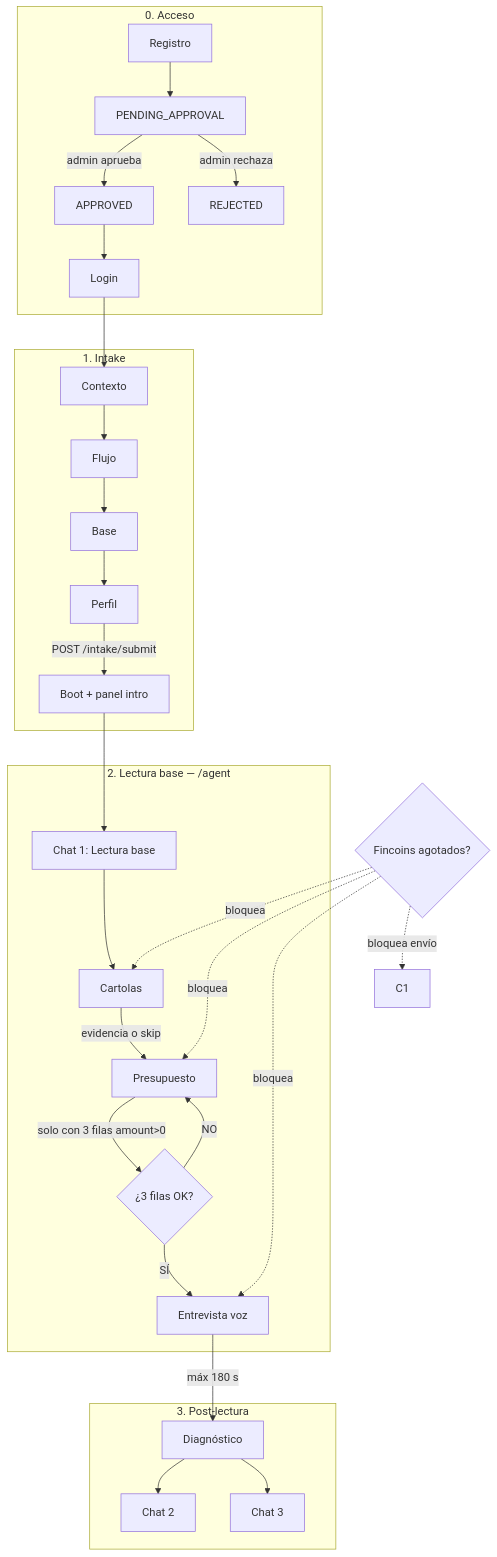
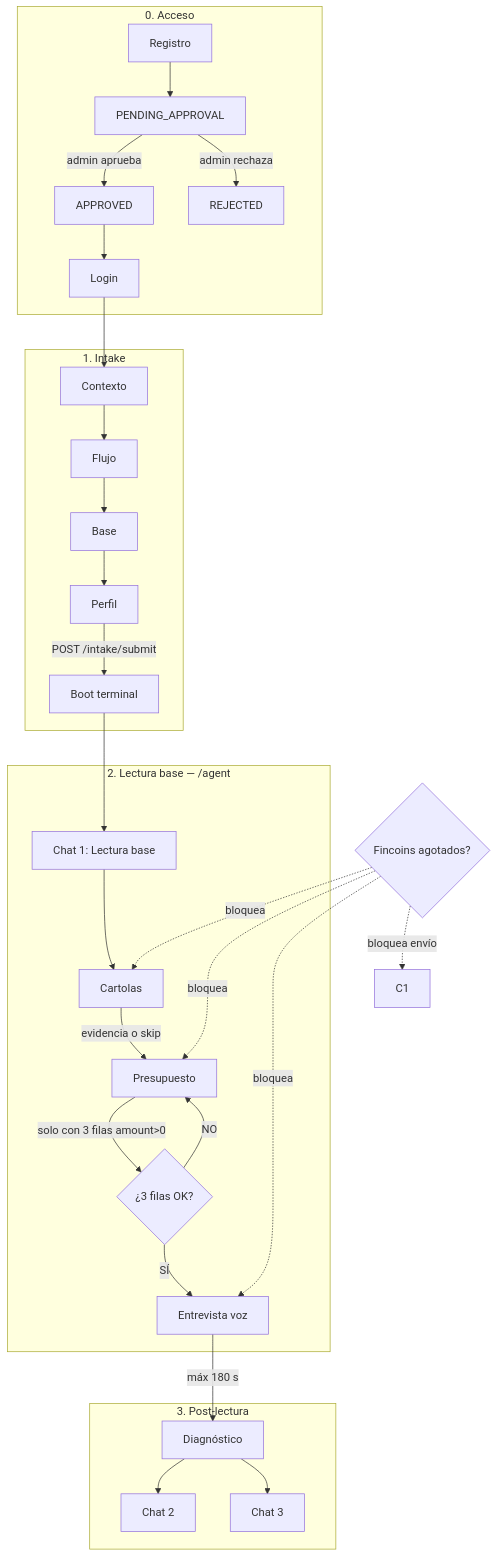
Before and after one commit to SashaOyanadelDreckmann/locoplaya666-final-financial-agent: the first of 6 diagrams in docs/FLUJO_END_TO_END.md, drawn with Mermaid. The commit also changed other lines of this file and 79 other files, not shown here.

````diff
--- a/docs/FLUJO_END_TO_END.md
+++ b/docs/FLUJO_END_TO_END.md
@@ -33,38 +33,38 @@
 ```mermaid
 flowchart TB
   subgraph auth [0. Acceso]
     R[Registro] --> P[PENDING_APPROVAL]
     P -->|admin aprueba| OK[APPROVED]
     P -->|admin rechaza| NO[REJECTED]
     OK --> L[Login]
   end
 
   subgraph intake [1. Intake]
     L --> I1[Contexto]
     I1 --> I2[Flujo]
     I2 --> I3[Base]
     I3 --> I4[Perfil]
     I4 -->|POST /intake/submit| AG
   end
 
   subgraph lectura [2. Lectura base — /agent]
-    AG[Boot + panel intro] --> LB[Chat 1: Lectura base]
+    AG[Boot terminal] --> LB[Chat 1: Lectura base]
     LB --> TX[Cartolas]
     TX -->|evidencia o skip| BUD[Presupuesto]
     BUD -->|solo con 3 filas amount>0| GATE{¿3 filas OK?}
     GATE -->|NO| BUD
     GATE -->|SÍ| INT[Entrevista voz]
   end
 
   subgraph post [3. Post-lectura]
     INT -->|máx 180 s| DIAG[Diagnóstico]
     DIAG --> C2[Chat 2]
     DIAG --> C3[Chat 3]
   end
 
   FC{Fincoins agotados?}
   FC -.->|bloquea| TX
   FC -.->|bloquea| BUD
   FC -.->|bloquea| INT
   FC -.->|bloquea envío| C1
 ```
````
